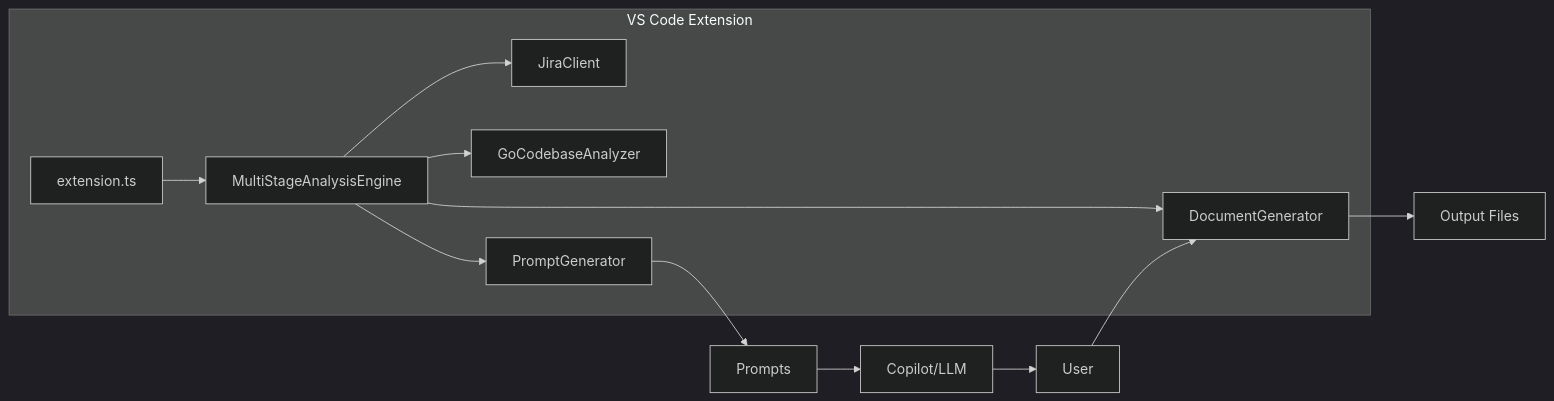
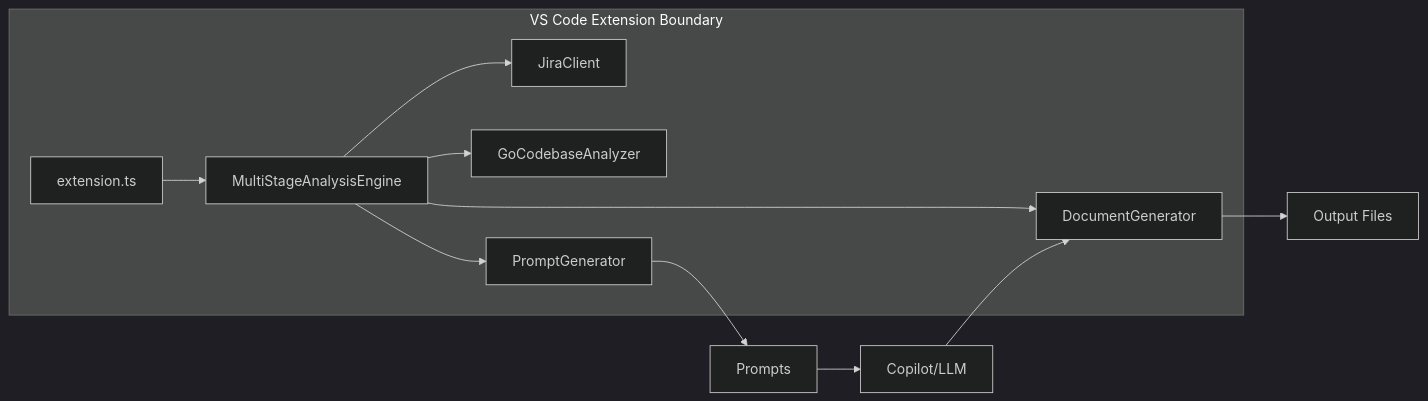
The fourth of 4 diagrams in docs/ARCHITECTURE.md (Srinidhi94/Product-Owner-AI-Agent), drawn with Mermaid (dark theme) before and after one commit. The commit also changed other lines of this file, not shown here.

Commit message:
Fixed the issues with diagrams in docs

````diff
--- a/docs/ARCHITECTURE.md
+++ b/docs/ARCHITECTURE.md
@@ -99,15 +98,14 @@
 ```mermaid
 graph LR
-    subgraph VS Code Extension
+    subgraph VS Code Extension Boundary
       A[extension.ts] --> B[MultiStageAnalysisEngine]
       B --> C[JiraClient]
       B --> D[GoCodebaseAnalyzer]
       B --> E[PromptGenerator]
       B --> F[DocumentGenerator]
     end
     F --> G[Output Files]
     E --> H[Prompts]
     H --> I[Copilot/LLM]
-    I --> J[User]
-    J --> F
+    I --> F
 ```
````
